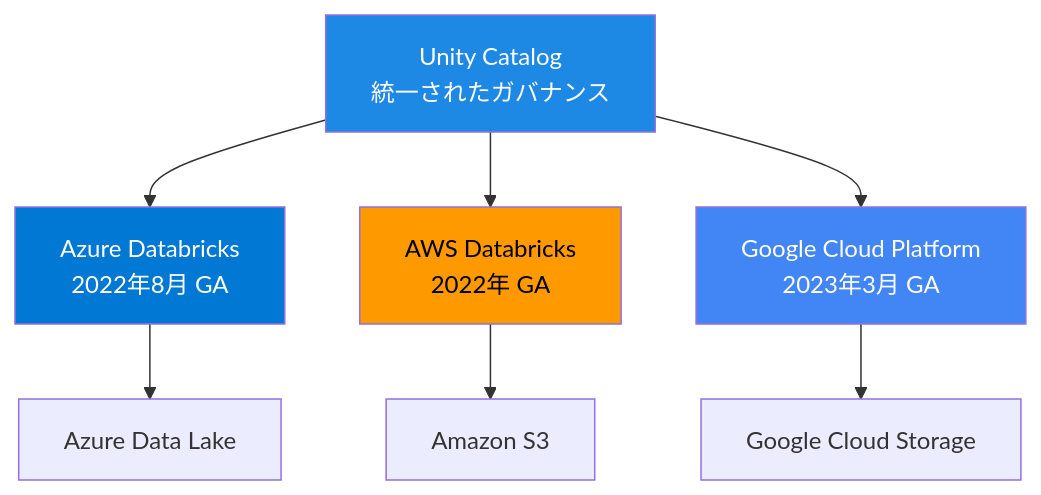
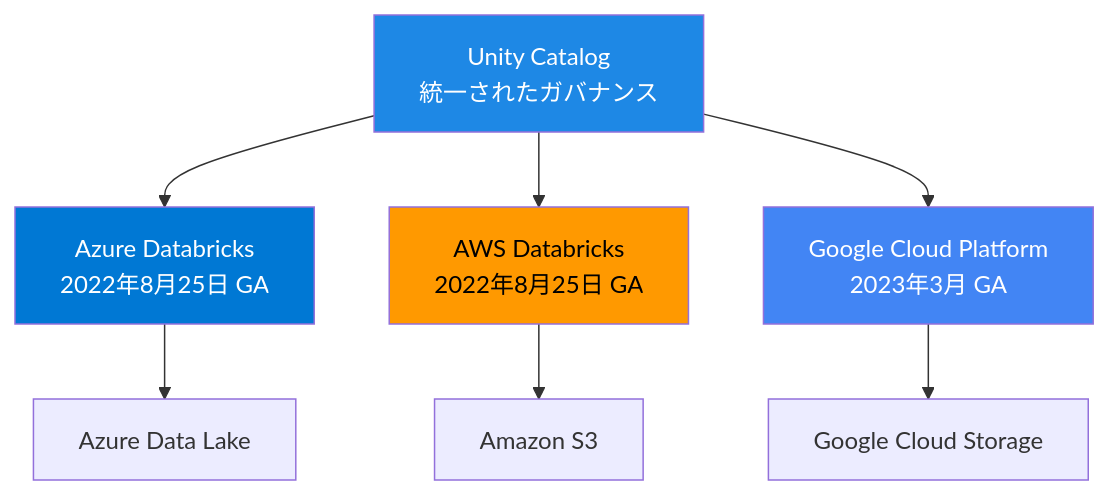
Before and after one commit to taka-yayoi/qiita-articles: the second of 6 diagrams in public/unity-catalog-history-from-hive-metastore.md, drawn with Mermaid. The commit also changed other lines of this file, not shown here.

````diff
--- a/public/unity-catalog-history-from-hive-metastore.md
+++ b/public/unity-catalog-history-from-hive-metastore.md
@@ -158,21 +157,21 @@
 ```mermaid
 graph TB
     UC[Unity Catalog<br/>統一されたガバナンス]
 
-    Azure[Azure Databricks<br/>2022年8月 GA]
-    AWS[AWS Databricks<br/>2022年 GA]
+    Azure[Azure Databricks<br/>2022年8月25日 GA]
+    AWS[AWS Databricks<br/>2022年8月25日 GA]
     GCP[Google Cloud Platform<br/>2023年3月 GA]
 
     UC --> Azure
     UC --> AWS
     UC --> GCP
 
     Azure --> AzureData[Azure Data Lake]
     AWS --> S3[Amazon S3]
     GCP --> GCS[Google Cloud Storage]
 
     style UC fill:#1e88e5,color:#fff
     style Azure fill:#0078d4,color:#fff
     style AWS fill:#ff9900,color:#000
     style GCP fill:#4285f4,color:#fff
 ```
````
